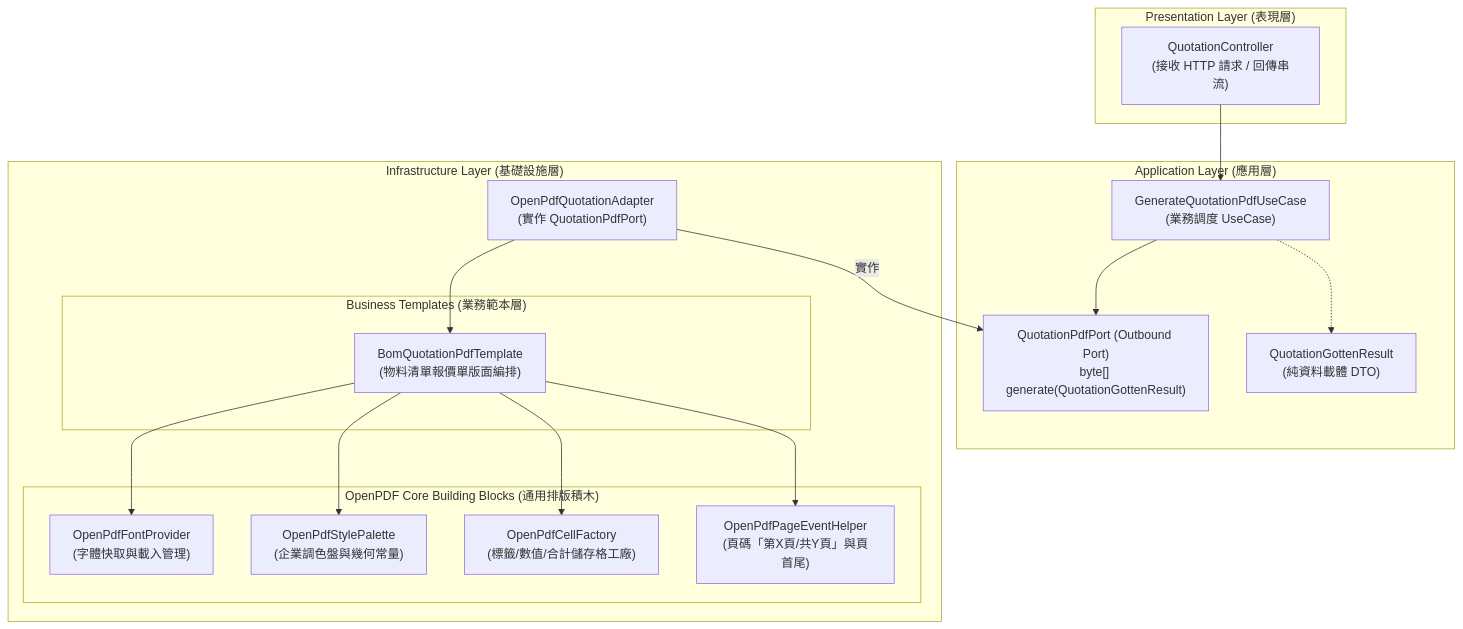
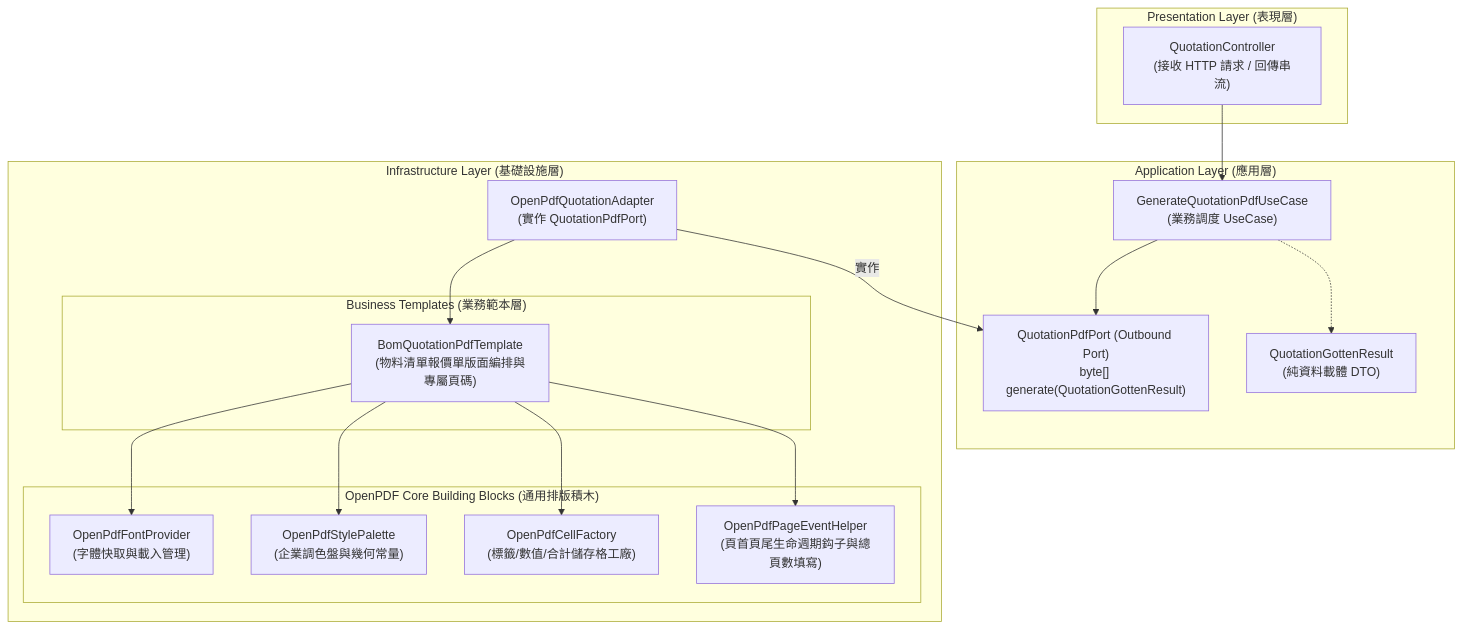
Before and after one commit to nick54785478/pdf-module: the first of 2 diagrams in doc/design/openpdf/openpdf_architecture_design.md, drawn with Mermaid. The commit also changed other lines of this file and 18 other files, not shown here.

````diff
--- a/doc/design/openpdf/openpdf_architecture_design.md
+++ b/doc/design/openpdf/openpdf_architecture_design.md
@@ -26,37 +26,37 @@
 ```mermaid
 graph TD
     subgraph Presentation ["Presentation Layer (表現層)"]
         Controller["QuotationController<br/>(接收 HTTP 請求 / 回傳串流)"]
     end
 
     subgraph Application ["Application Layer (應用層)"]
         UseCase["GenerateQuotationPdfUseCase<br/>(業務調度 UseCase)"]
         Port["QuotationPdfPort (Outbound Port)<br/>byte[] generate(QuotationGottenResult)"]
         DTO["QuotationGottenResult<br/>(純資料載體 DTO)"]
     end
 
     subgraph Infrastructure ["Infrastructure Layer (基礎設施層)"]
         Adapter["OpenPdfQuotationAdapter<br/>(實作 QuotationPdfPort)"]
         
         subgraph Templates ["Business Templates (業務範本層)"]
-            Template["BomQuotationPdfTemplate<br/>(物料清單報價單版面編排)"]
+            Template["BomQuotationPdfTemplate<br/>(物料清單報價單版面編排與專屬頁碼)"]
         end
 
         subgraph CoreBlocks ["OpenPDF Core Building Blocks (通用排版積木)"]
             FontProvider["OpenPdfFontProvider<br/>(字體快取與載入管理)"]
             StylePalette["OpenPdfStylePalette<br/>(企業調色盤與幾何常量)"]
             CellFactory["OpenPdfCellFactory<br/>(標籤/數值/合計儲存格工廠)"]
-            PageEventHelper["OpenPdfPageEventHelper<br/>(頁碼「第X頁/共Y頁」與頁首尾)"]
+            PageEventHelper["OpenPdfPageEventHelper<br/>(頁首頁尾生命週期鈎子與總頁數填寫)"]
         end
     end
 
     Controller --> UseCase
     UseCase --> Port
     UseCase -.-> DTO
     Adapter -- 實作 --> Port
     Adapter --> Template
     Template --> FontProvider
     Template --> StylePalette
     Template --> CellFactory
     Template --> PageEventHelper
 ```
````
